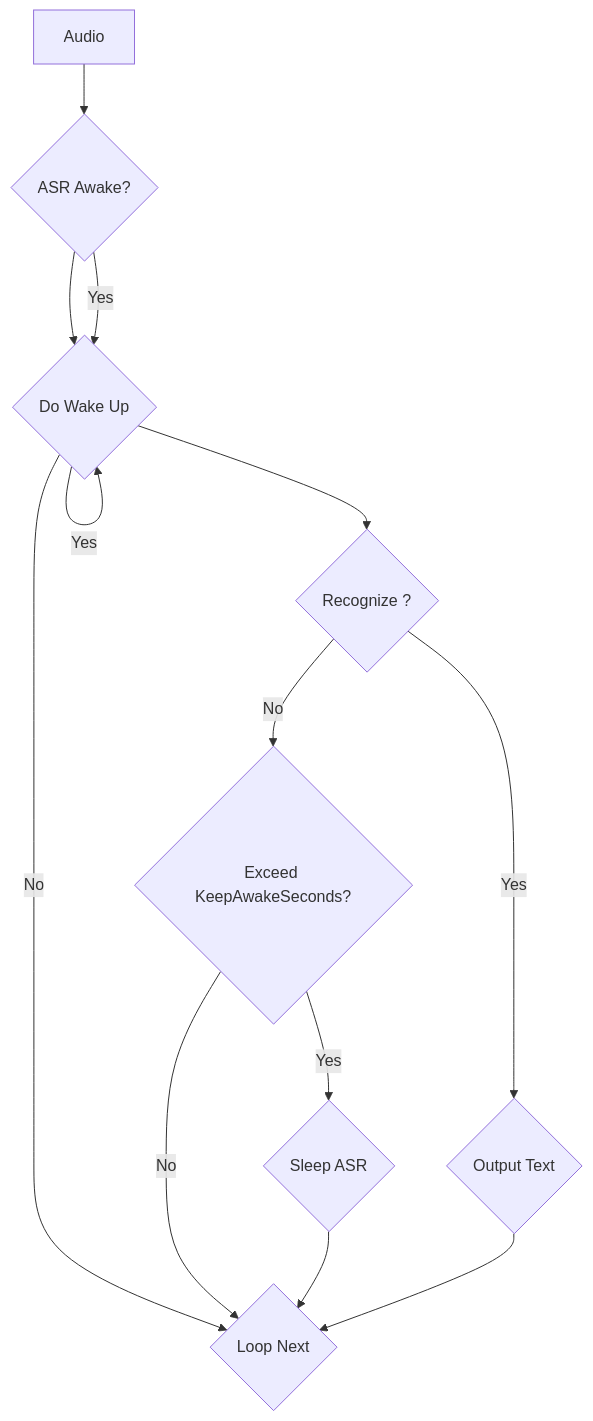
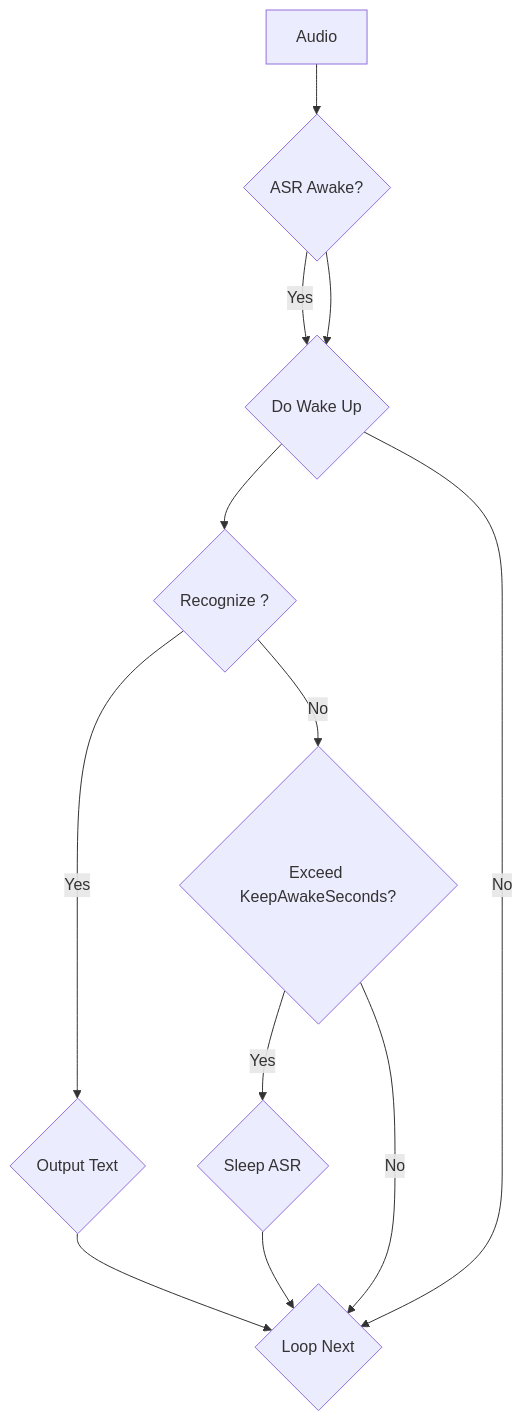
Before and after one commit to endink/Mediapipe4u-plugin: the diagram in docs/speech/wakeup.md, drawn with Mermaid.

````diff
--- a/docs/speech/wakeup.md
+++ b/docs/speech/wakeup.md
@@ -63,20 +63,19 @@
 ``` mermaid
 graph TD
   A[Audio] --> B{ASR Awake?};
   B --> |Yes| C{ASR};
   B --> C{Do Wake Up};
-  C -->|Yes| C
   C --> D{Recognize ?}
 
   D -->|Yes| E{Output Text};
   E --> H
  
   D -->|No| F{Exceed KeepAwakeSeconds?};
 
   F --> |Yes| G{Sleep ASR}
   G --> H{Loop Next}
   F --> |No| H
   
   C ---->|No| H;
   
 ```
````
